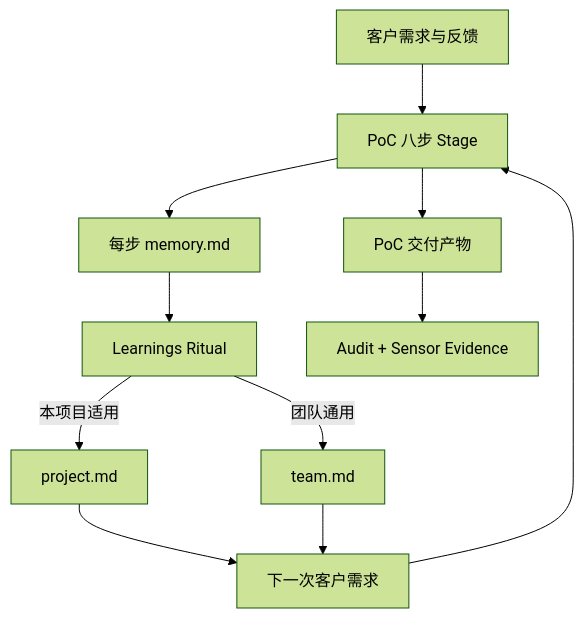
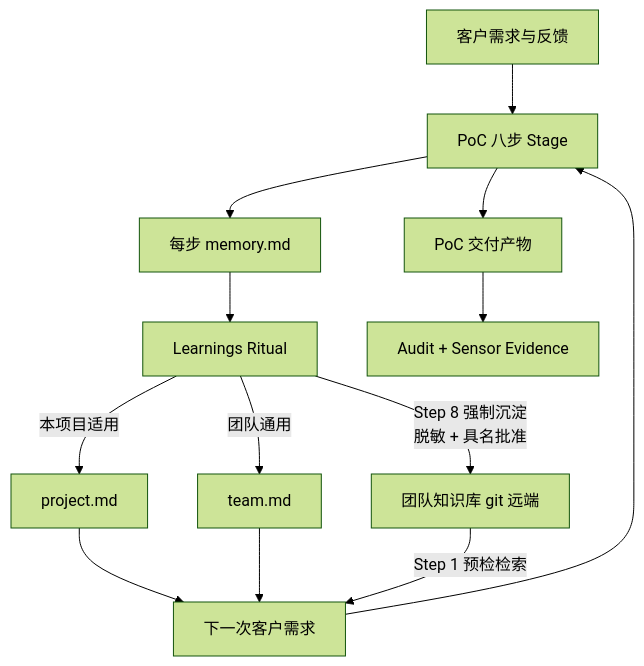
One commit to comdaze/aidlc-workflows-cde changed diagram 14 of 14 in docs/architecture/aidlc-knowledge-memory-visual-guide.zh-CN.md. Above: the diagram before and after it, drawn with Mermaid (forest theme). The commit also changed other lines of this file and 180 other files, not shown here.

````diff
--- a/docs/architecture/aidlc-knowledge-memory-visual-guide.zh-CN.md
+++ b/docs/architecture/aidlc-knowledge-memory-visual-guide.zh-CN.md
@@ -476,23 +529,26 @@
 ```mermaid
 flowchart TB
     Customer[客户需求与反馈]
     POC[PoC 八步 Stage]
     StageMem[每步 memory.md]
     Learn[Learnings Ritual]
     ProjectRule[project.md]
     TeamRule[team.md]
+    TeamRepo[团队知识库 git 远端]
     PocArtifacts[PoC 交付产物]
     Audit[Audit + Sensor Evidence]
     NextIntent[下一次客户需求]
 
     Customer --> POC
     POC --> PocArtifacts
     POC --> StageMem
     StageMem --> Learn
     Learn -->|本项目适用| ProjectRule
     Learn -->|团队通用| TeamRule
+    Learn -->|Step 8 强制沉淀<br/>脱敏 + 具名批准| TeamRepo
     PocArtifacts --> Audit
     ProjectRule --> NextIntent
     TeamRule --> NextIntent
+    TeamRepo -->|Step 1 预检检索| NextIntent
     NextIntent --> POC
 ```
````
